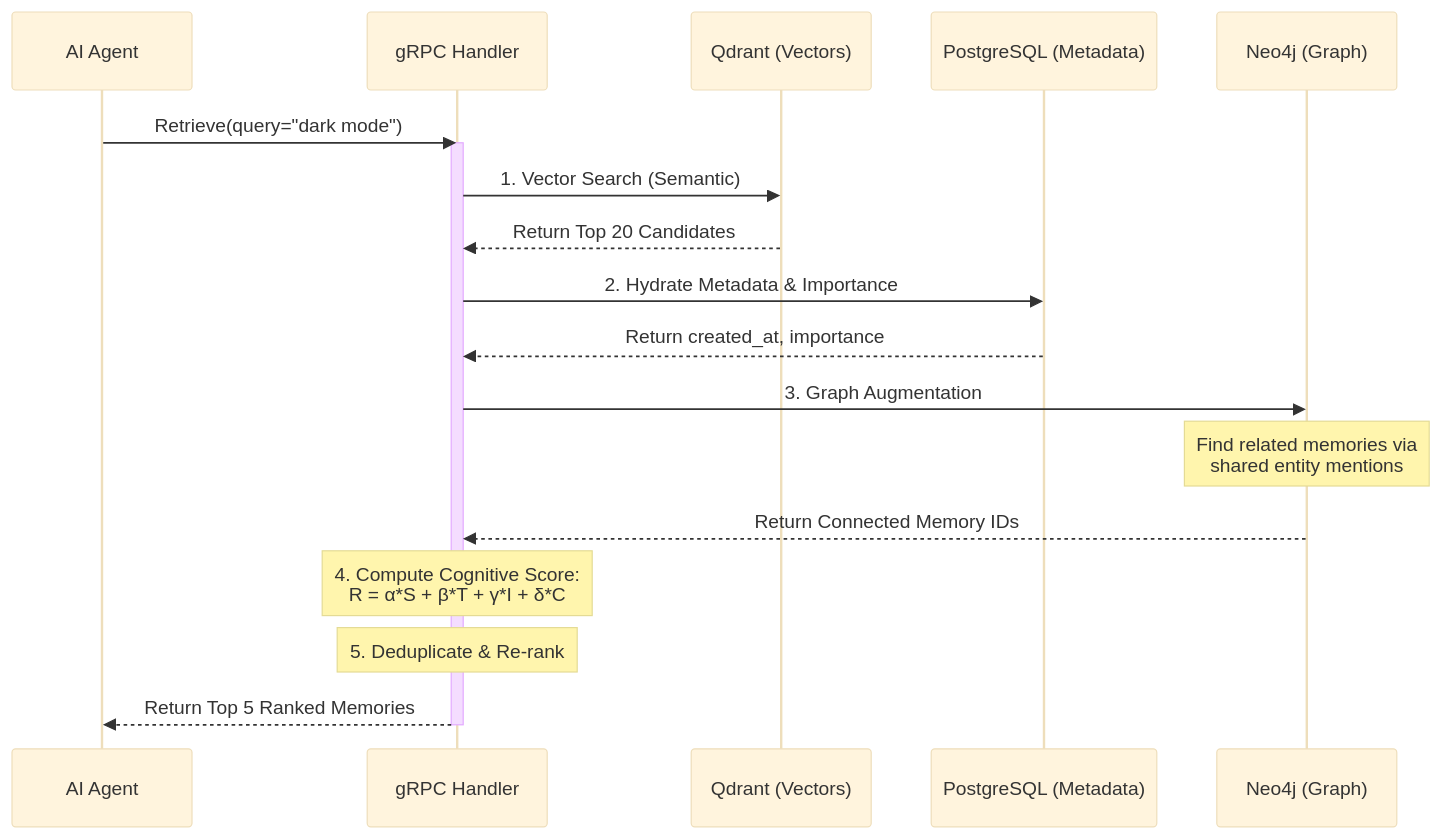
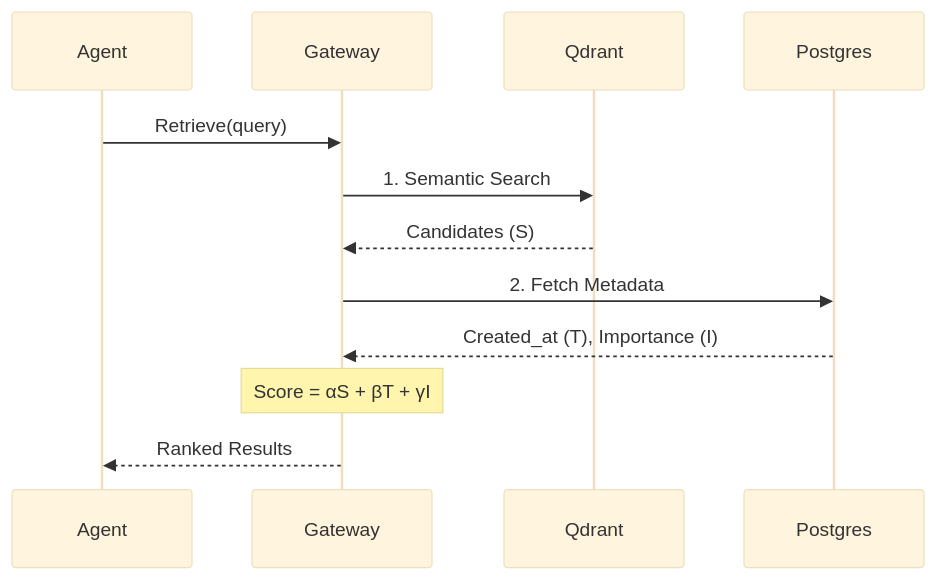
One commit to Mohi1038/distributed-memOS changed the fourth of 4 diagrams in README.md. Above: the diagram before and after it, drawn with Mermaid (base theme). The commit also changed other lines of this file, not shown here.

Commit message:
docs: overhaul main README with distributed architecture and performance metrics

````diff
--- a/README.md
+++ b/README.md
@@ -79,27 +101,15 @@
 ```mermaid
 sequenceDiagram
-    participant Agent as AI Agent
-    participant Handler as gRPC Handler
-    participant Qdrant as Qdrant (Vectors)
-    participant PG as PostgreSQL (Metadata)
-    participant Neo4j as Neo4j (Graph)
+    participant Agent
+    participant Gateway
+    participant Vector as Qdrant
+    participant Meta as Postgres
     
-    Agent->>Handler: Retrieve(query="dark mode")
-    activate Handler
-    
-    Handler->>Qdrant: 1. Vector Search (Semantic)
-    Qdrant-->>Handler: Return Top 20 Candidates
-    
-    Handler->>PG: 2. Hydrate Metadata & Importance
-    PG-->>Handler: Return created_at, importance
-    
-    Handler->>Neo4j: 3. Graph Augmentation
-    Note over Neo4j: Find related memories via<br/>shared entity mentions
-    Neo4j-->>Handler: Return Connected Memory IDs
-    
-    Note over Handler: 4. Compute Cognitive Score:<br/>R = α*S + β*T + γ*I + δ*C
-    Note over Handler: 5. Deduplicate & Re-rank
-    
-    Handler-->>Agent: Return Top 5 Ranked Memories
-    deactivate Handler
+    Agent->>Gateway: Retrieve(query)
+    Gateway->>Vector: 1. Semantic Search
+    Vector-->>Gateway: Candidates (S)
+    Gateway->>Meta: 2. Fetch Metadata
+    Meta-->>Gateway: Created_at (T), Importance (I)
+    Note over Gateway: Score = αS + βT + γI
+    Gateway-->>Agent: Ranked Results
 ```
````
